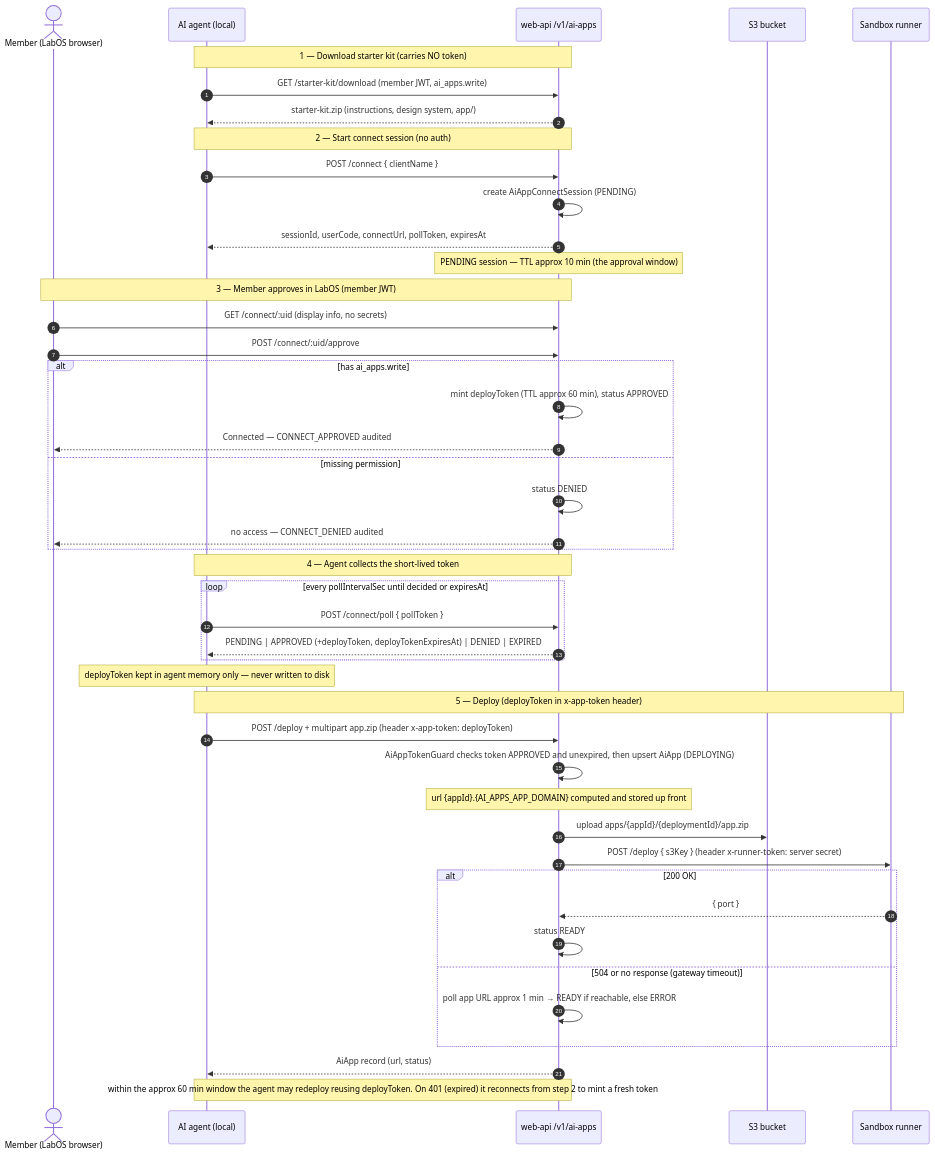
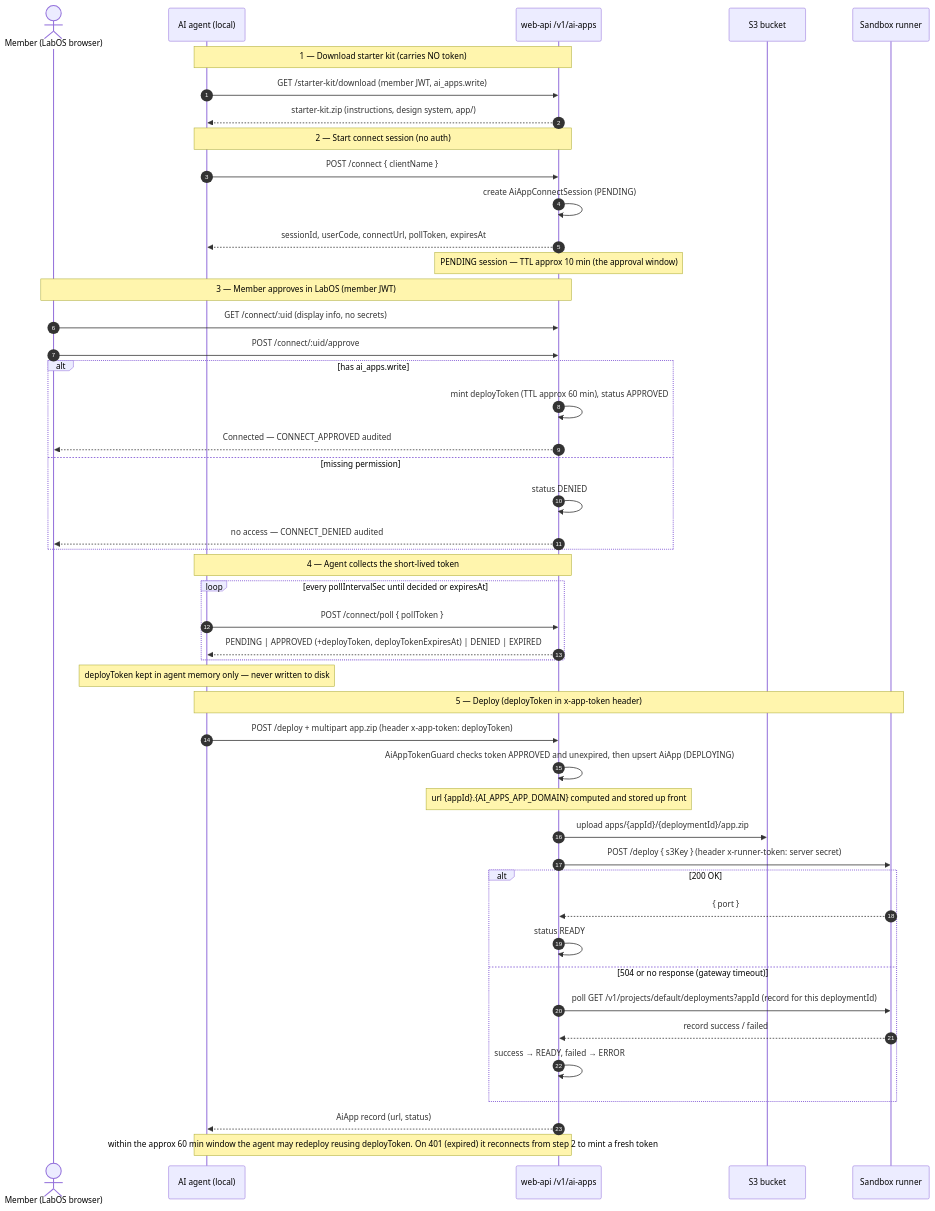
Before and after one commit to memser-spaceport/pln-directory-portal: the diagram in docs/AI_APPS.md, drawn with Mermaid. The commit also changed other lines of this file and 4 other files, not shown here.

````diff
--- a/docs/AI_APPS.md
+++ b/docs/AI_APPS.md
@@ -19,53 +19,55 @@
 ```mermaid
 sequenceDiagram
     autonumber
     actor M as Member (LabOS browser)
     participant AG as AI agent (local)
     participant API as web-api /v1/ai-apps
     participant S3 as S3 bucket
     participant RUN as Sandbox runner
 
     Note over AG,API: 1 — Download starter kit (carries NO token)
     AG->>API: GET /starter-kit/download (member JWT, ai_apps.write)
     API-->>AG: starter-kit.zip (instructions, design system, app/)
 
     Note over AG,API: 2 — Start connect session (no auth)
     AG->>API: POST /connect { clientName }
     API->>API: create AiAppConnectSession (PENDING)
     API-->>AG: sessionId, userCode, connectUrl, pollToken, expiresAt
     Note over API: PENDING session — TTL approx 10 min (the approval window)
 
     Note over M,API: 3 — Member approves in LabOS (member JWT)
     M->>API: GET /connect/:uid (display info, no secrets)
     M->>API: POST /connect/:uid/approve
     alt has ai_apps.write
         API->>API: mint deployToken (TTL approx 60 min), status APPROVED
         API-->>M: Connected — CONNECT_APPROVED audited
     else missing permission
         API->>API: status DENIED
         API-->>M: no access — CONNECT_DENIED audited
     end
 
     Note over AG,API: 4 — Agent collects the short-lived token
     loop every pollIntervalSec until decided or expiresAt
         AG->>API: POST /connect/poll { pollToken }
         API-->>AG: PENDING | APPROVED (+deployToken, deployTokenExpiresAt) | DENIED | EXPIRED
     end
     Note over AG: deployToken kept in agent memory only — never written to disk
 
     Note over AG,RUN: 5 — Deploy (deployToken in x-app-token header)
     AG->>API: POST /deploy + multipart app.zip (header x-app-token: deployToken)
     API->>API: AiAppTokenGuard checks token APPROVED and unexpired, then upsert AiApp (DEPLOYING)
     Note over API: url {appId}.{AI_APPS_APP_DOMAIN} computed and stored up front
     API->>S3: upload apps/{appId}/{deploymentId}/app.zip
     API->>RUN: POST /deploy { s3Key } (header x-runner-token: server secret)
     alt 200 OK
         RUN-->>API: { port }
         API->>API: status READY
     else 504 or no response (gateway timeout)
-        API->>API: poll app URL approx 1 min → READY if reachable, else ERROR
+        API->>RUN: poll GET /v1/projects/default/deployments?appId (record for this deploymentId)
+        RUN-->>API: record success / failed
+        API->>API: success → READY, failed → ERROR
     end
     API-->>AG: AiApp record (url, status)
 
     Note over AG,API: within the approx 60 min window the agent may redeploy reusing deployToken. On 401 (expired) it reconnects from step 2 to mint a fresh token
 ```
````
